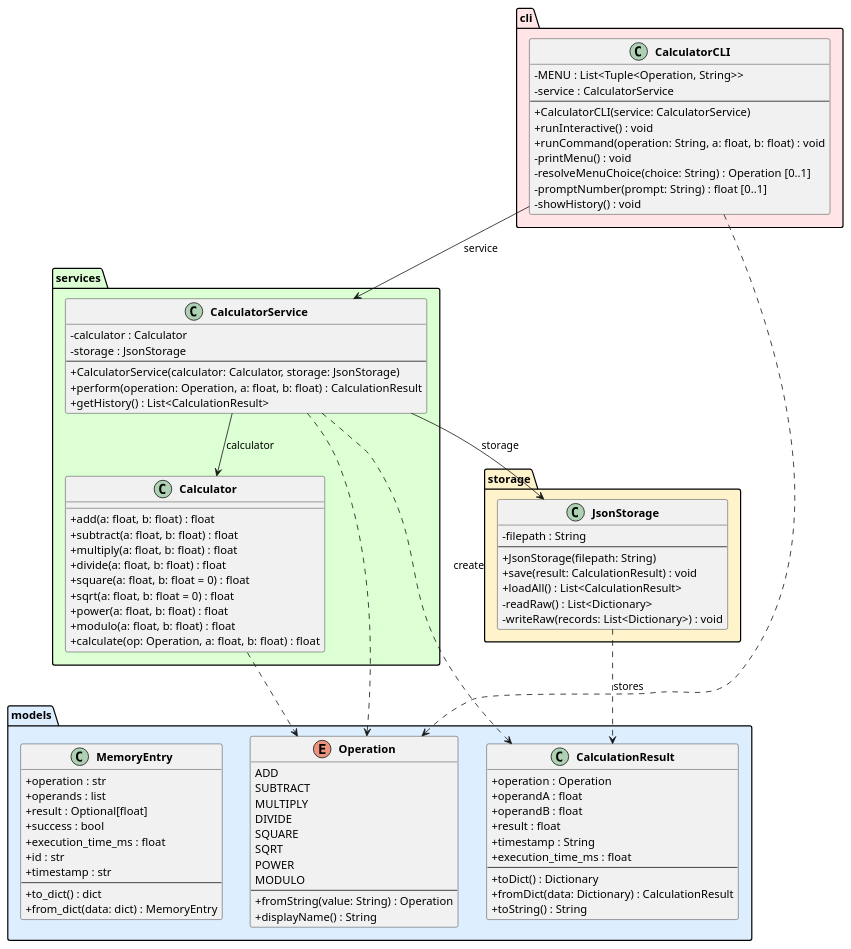
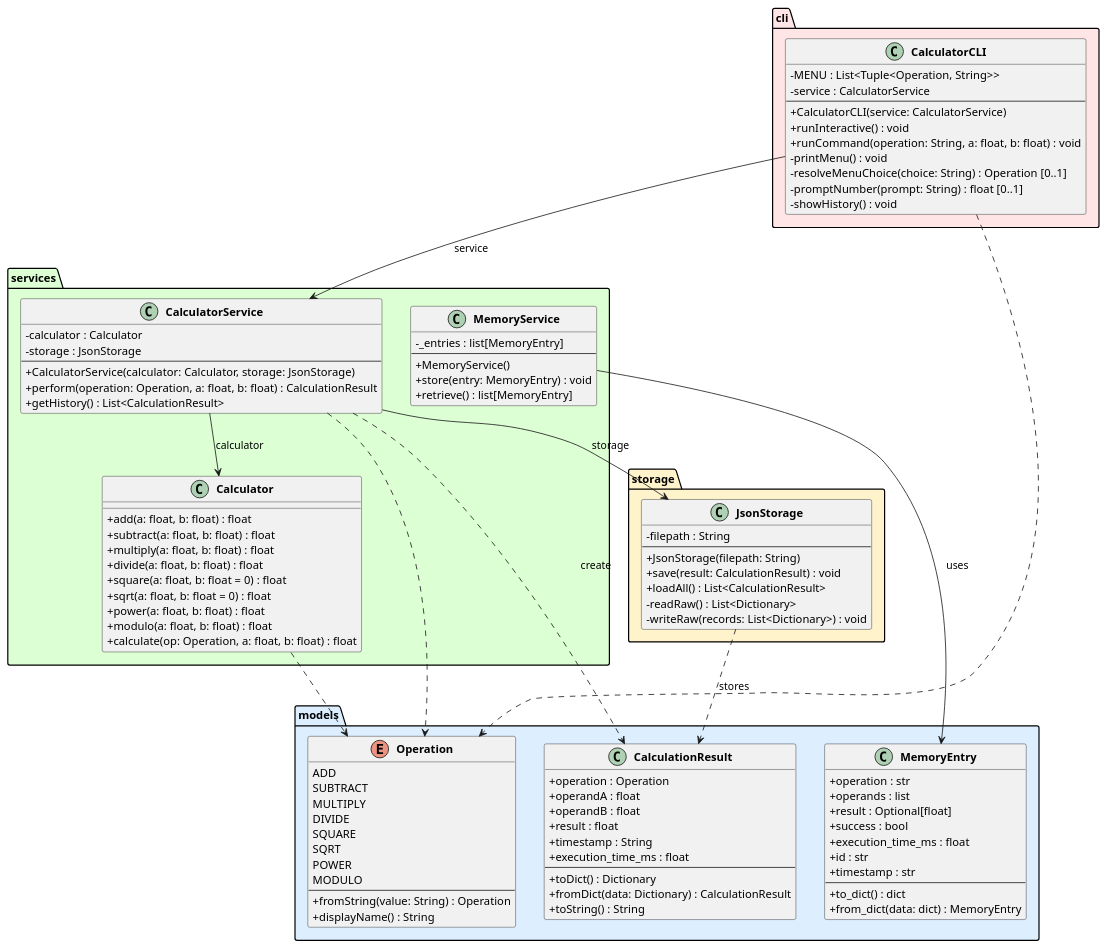
The diagram in experiments/pipeline/test_driven/calculator/artifacts/class_diagram.puml (DanielRiha8906/Software_autoevolution_using_agents), drawn with PlantUML before and after one commit. The commit also changed 7 other files, not shown here.

First line of the commit message:
Task 04 - Implement MemoryService with service layer management

```diff
--- a/experiments/pipeline/test_driven/calculator/artifacts/class_diagram.puml
+++ b/experiments/pipeline/test_driven/calculator/artifacts/class_diagram.puml
@@ -1,108 +1,118 @@
 @startuml class_diagram
 
 skinparam classAttributeIconSize 0
 skinparam classFontStyle bold
 
 package "models" #DDEEFF {
     enum Operation {
         ADD
         SUBTRACT
         MULTIPLY
         DIVIDE
         SQUARE
         SQRT
         POWER
         MODULO
         --
         +fromString(value: String) : Operation
         +displayName() : String
     }
 
     class CalculationResult {
         +operation : Operation
         +operandA : float
         +operandB : float
         +result : float
         +timestamp : String
         +execution_time_ms : float
         --
         +toDict() : Dictionary
         +fromDict(data: Dictionary) : CalculationResult
         +toString() : String
     }
 
     class MemoryEntry {
         +operation : str
         +operands : list
         +result : Optional[float]
         +success : bool
         +execution_time_ms : float
         +id : str
         +timestamp : str
         --
         +to_dict() : dict
         +from_dict(data: dict) : MemoryEntry
     }
 }
 
 package "services" #DDFFD4 {
     class Calculator {
         +add(a: float, b: float) : float
         +subtract(a: float, b: float) : float
         +multiply(a: float, b: float) : float
         +divide(a: float, b: float) : float
         +square(a: float, b: float = 0) : float
         +sqrt(a: float, b: float = 0) : float
         +power(a: float, b: float) : float
         +modulo(a: float, b: float) : float
         +calculate(op: Operation, a: float, b: float) : float
     }
 
     class CalculatorService {
         -calculator : Calculator
         -storage : JsonStorage
         --
         +CalculatorService(calculator: Calculator, storage: JsonStorage)
         +perform(operation: Operation, a: float, b: float) : CalculationResult
         +getHistory() : List<CalculationResult>
     }
+
+    class MemoryService {
+        -_entries : list[MemoryEntry]
+        --
+        +MemoryService()
+        +store(entry: MemoryEntry) : void
+        +retrieve() : list[MemoryEntry]
+    }
 }
 
 package "storage" #FFF3CC {
     class JsonStorage {
         -filepath : String
         --
         +JsonStorage(filepath: String)
         +save(result: CalculationResult) : void
         +loadAll() : List<CalculationResult>
         -readRaw() : List<Dictionary>
         -writeRaw(records: List<Dictionary>) : void
     }
 }
 
 package "cli" #FFE5E5 {
     class CalculatorCLI {
         -MENU : List<Tuple<Operation, String>>
         -service : CalculatorService
         --
         +CalculatorCLI(service: CalculatorService)
         +runInteractive() : void
         +runCommand(operation: String, a: float, b: float) : void
         -printMenu() : void
         -resolveMenuChoice(choice: String) : Operation [0..1]
         -promptNumber(prompt: String) : float [0..1]
         -showHistory() : void
     }
 }
 
 CalculatorCLI --> CalculatorService : service
 CalculatorService --> Calculator : calculator
 CalculatorService --> JsonStorage : storage
 
 CalculatorService ..> CalculationResult : create
 CalculatorService ..> Operation
 CalculatorCLI ..> Operation
 Calculator ..> Operation
 JsonStorage ..> CalculationResult : stores
 
+MemoryService --> MemoryEntry : uses
+
 @enduml
```
